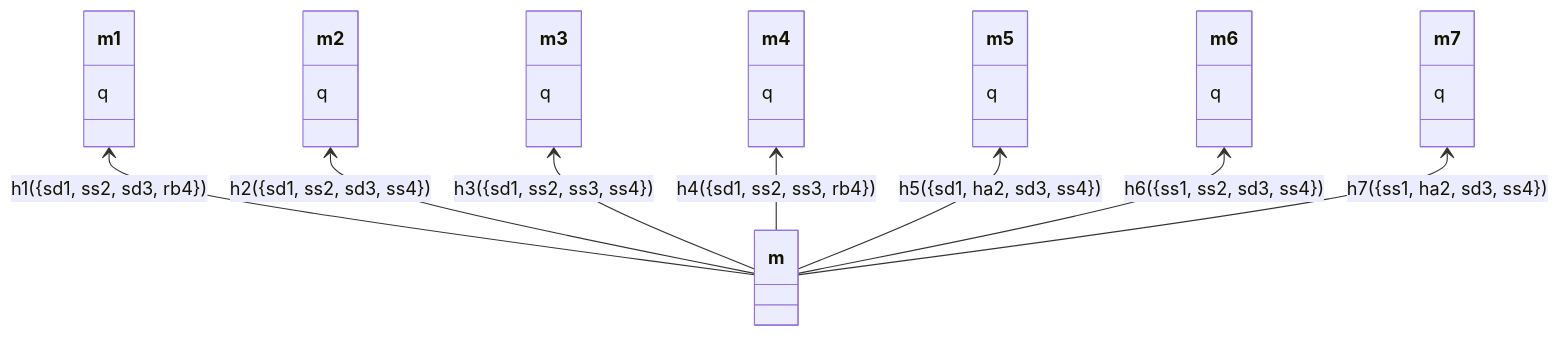
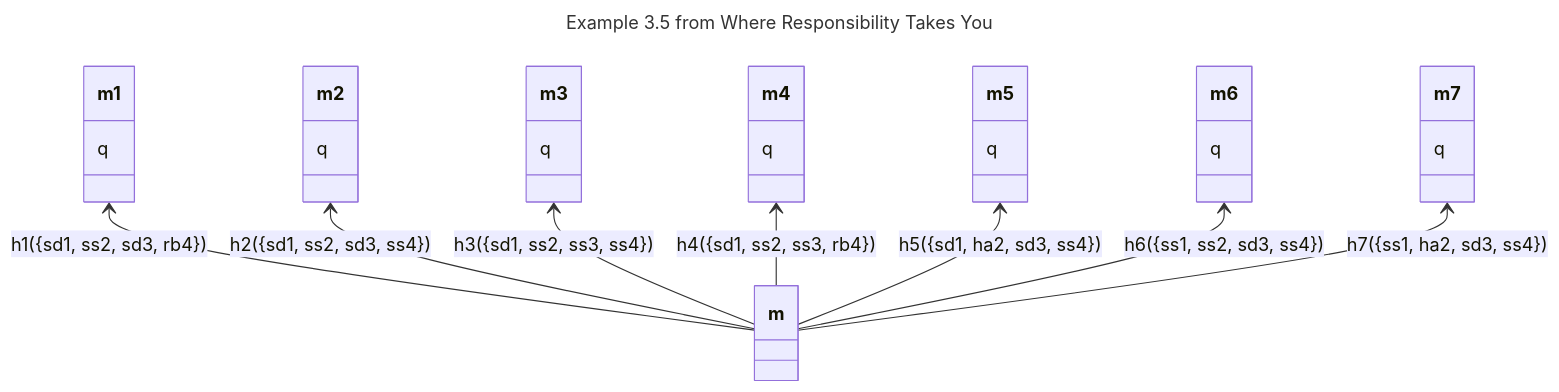
Before and after one commit to bparsia/alon-streamlit-app: the diagram in streamlit_app/models/3.5_partial.mmd, drawn with Mermaid. The commit also changed 4 other files, not shown here.

```diff
--- a/streamlit_app/models/3.5_partial.mmd
+++ b/streamlit_app/models/3.5_partial.mmd
@@ -1,49 +1,51 @@
 ---
 type: DBT
+title: Example 3.5 from Where Responsibility Takes You
+description: This has 16 histories so is computationally touch for OWL reasoners. We have to explicitly specify all the histories with the target outcome (q). The ~q histories are interpolated.
 actions:
   1:
     - sd
     - ss
   2:
     - ss
     - ha
   3:
     - sd
     - ss
   4:
     - rb
     - ss
 opposings:
   sd1:
     - ha2
   sd3:
     - rb4
 aliases:
   1: Alice
   2: Beth
   3: Carl
   4: Diana
   ha: hits Alice
   q: Dan dies
   rb: run between Carl and Dan
   sd: shoots Dan
   ss: stands still
 ---
 classDiagram
 direction BT
   class m {
   }
   m --> m1 : h1({sd1, ss2, sd3, rb4})
   m --> m2 : h2({sd1, ss2, sd3, ss4})
   m --> m3 : h3({sd1, ss2, ss3, ss4})
   m --> m4 : h4({sd1, ss2, ss3, rb4})
   m --> m5 : h5({sd1, ha2, sd3, ss4})
   m --> m6 : h6({ss1, ss2, sd3, ss4})
   m --> m7 : h7({ss1, ha2, sd3, ss4})
   m1: q
   m2: q
   m3: q
   m4: q
   m5: q
   m6: q
   m7: q
```
